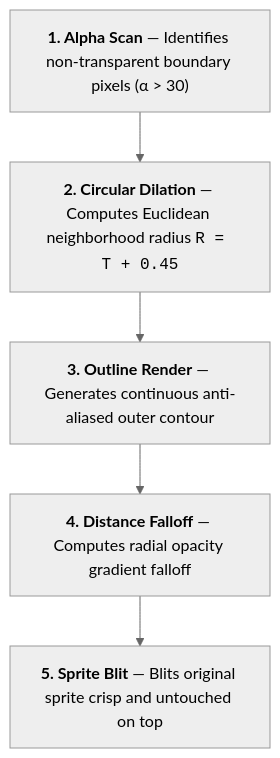
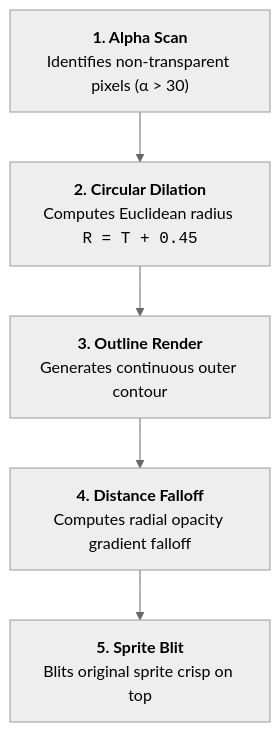
The second of 2 diagrams in docs/extended/typography-and-contours.md (XZtotal/CraftingBlueprints-Wiki), drawn with Mermaid (neutral theme) before and after one commit. The commit also changed 24 other files, not shown here.

````diff
--- a/docs/extended/typography-and-contours.md
+++ b/docs/extended/typography-and-contours.md
@@ -95,8 +95,13 @@
 ```mermaid
 flowchart TD
-    S1["<b>1. Alpha Scan</b> — Identifies non-transparent boundary pixels (α &gt; 30)"]
-    --> S2["<b>2. Circular Dilation</b> — Computes Euclidean neighborhood radius <code>R = T + 0.45</code>"]
-    --> S3["<b>3. Outline Render</b> — Generates continuous anti-aliased outer contour"]
-    --> S4["<b>4. Distance Falloff</b> — Computes radial opacity gradient falloff"]
-    --> S5["<b>5. Sprite Blit</b> — Blits original sprite crisp and untouched on top"]
+    S1["<b>1. Alpha Scan</b><br/>Identifies non-transparent pixels (α &gt; 30)"]
+    S2["<b>2. Circular Dilation</b><br/>Computes Euclidean radius <code>R = T + 0.45</code>"]
+    S3["<b>3. Outline Render</b><br/>Generates continuous outer contour"]
+    S4["<b>4. Distance Falloff</b><br/>Computes radial opacity gradient falloff"]
+    S5["<b>5. Sprite Blit</b><br/>Blits original sprite crisp on top"]
+
+    S1 --> S2
+    S2 --> S3
+    S3 --> S4
+    S4 --> S5
 ```
````
